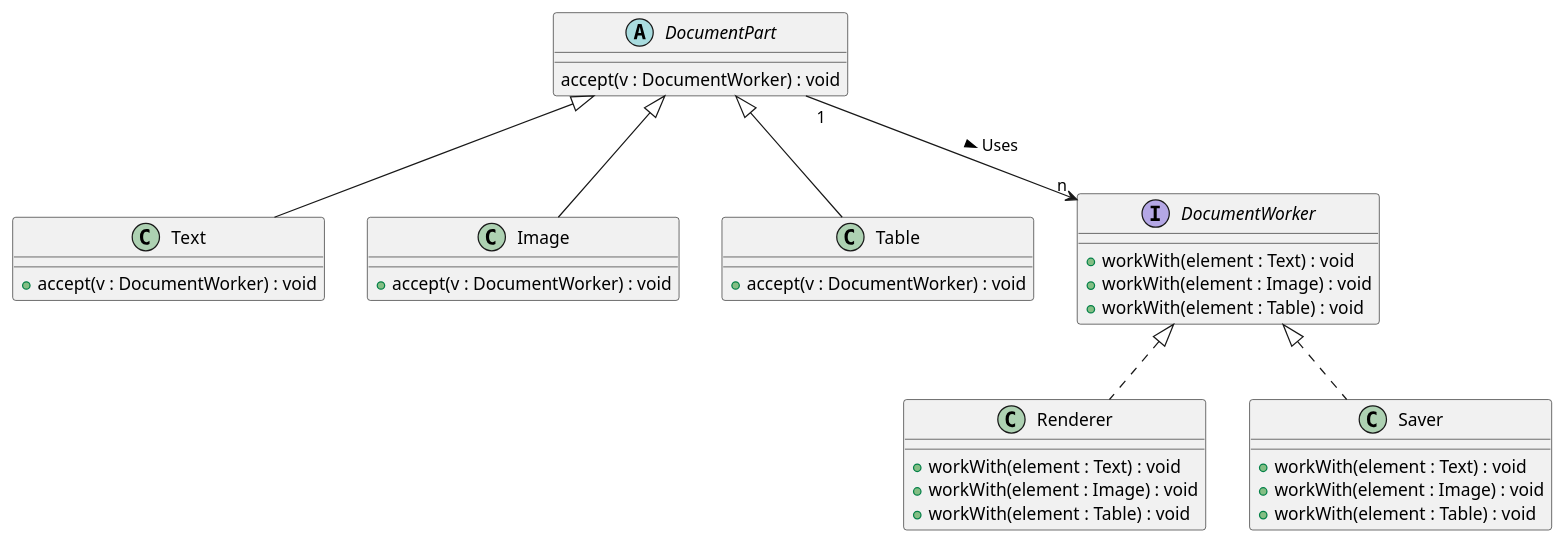
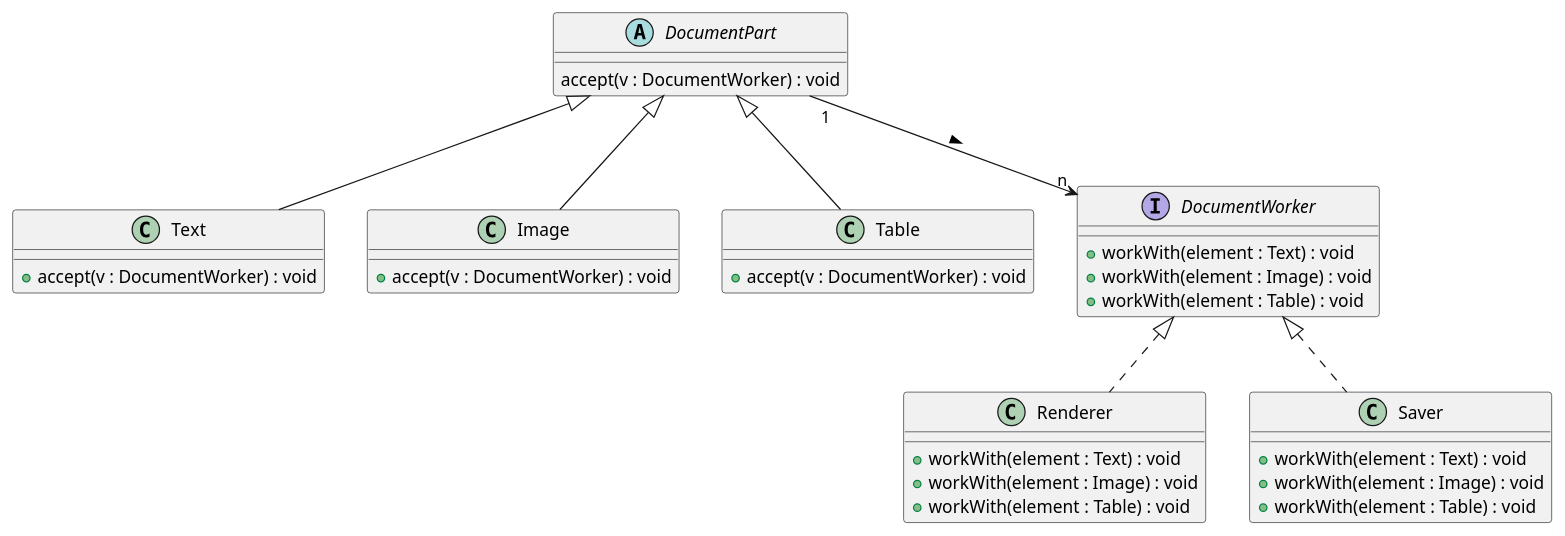
The diagram in dojo-dungeon/todo-assets/Fragen_Pattern/UML_Klassendiagramm7_source.pu (Dungeon-CampusMinden/Dungeon), drawn with PlantUML before and after one commit. The commit also changed 7 other files, not shown here.

```diff
--- a/dojo-dungeon/todo-assets/Fragen_Pattern/UML_Klassendiagramm7_source.pu
+++ b/dojo-dungeon/todo-assets/Fragen_Pattern/UML_Klassendiagramm7_source.pu
@@ -1,39 +1,39 @@
 @startuml UML_Klassendiagramm7.png
 ' Abstrakte Klassen
 abstract class DocumentPart {
     accept(v : DocumentWorker) : void
 }
 
 ' Konkrete Klassen
 class Text extends DocumentPart {
     +accept(v : DocumentWorker) : void
 }
 class Image extends DocumentPart {
     +accept(v : DocumentWorker) : void
 }
 class Table extends DocumentPart {
     +accept(v : DocumentWorker) : void
 }
 
 ' Interface Klassen
 interface DocumentWorker {
     +workWith(element : Text) : void
     +workWith(element : Image) : void
     +workWith(element : Table) : void
 }
 
 ' Konkrete Klassen
 class Renderer implements DocumentWorker {
     +workWith(element : Text) : void
     +workWith(element : Image) : void
     +workWith(element : Table) : void
 }
 class Saver implements DocumentWorker {
     +workWith(element : Text) : void
     +workWith(element : Image) : void
     +workWith(element : Table) : void
 }
 
 ' Assoziationen
-DocumentPart "1" --> "n" DocumentWorker : > Uses
+DocumentPart "1" --> "n" DocumentWorker : >
 @enduml
```
